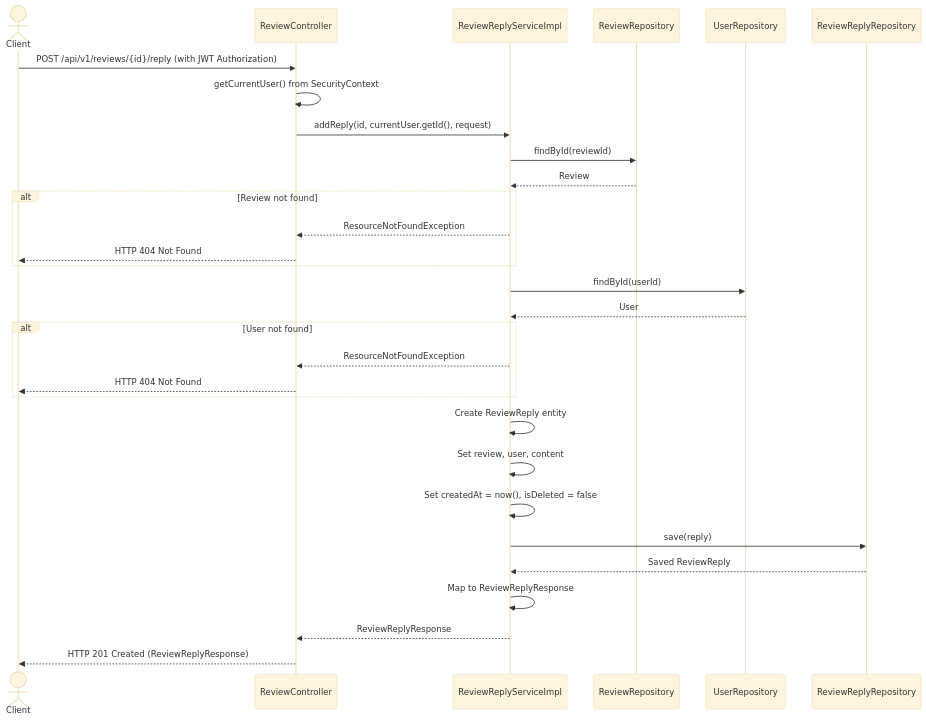
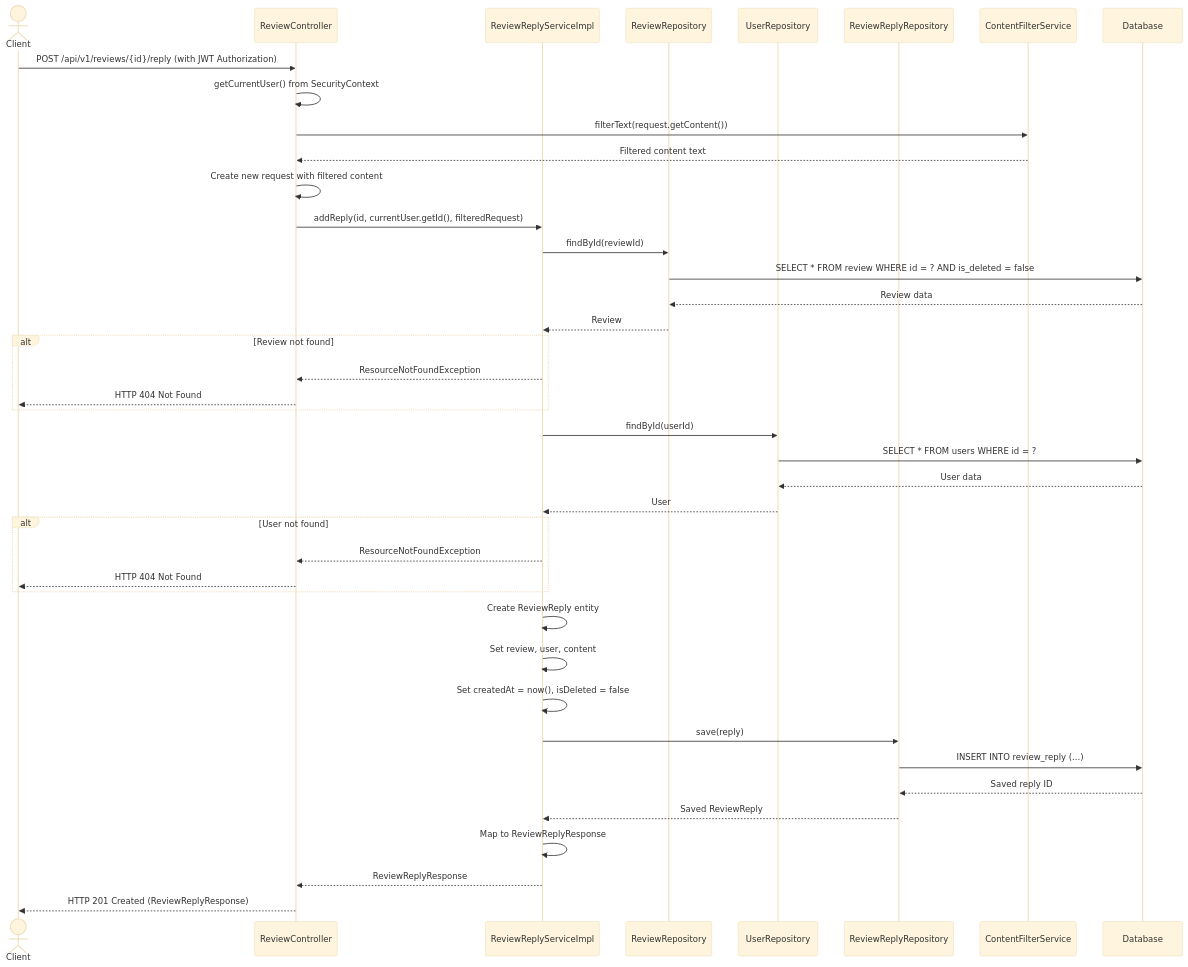
One commit to phongkhongxai/vietchef changed the ninth of 11 diagrams in docs/Review System Diagrams.md. Above: the diagram before and after it, drawn with Mermaid (base theme). The commit also changed other lines of this file and 15 other files, not shown here.

````diff
--- a/docs/Review System Diagrams.md
+++ b/docs/Review System Diagrams.md
@@ -479,37 +544,51 @@
 ```mermaid
 sequenceDiagram
     actor Client
     participant Controller as ReviewController
     participant ReplyService as ReviewReplyServiceImpl
     participant ReviewRepo as ReviewRepository
     participant UserRepo as UserRepository
     participant ReplyRepo as ReviewReplyRepository
+    participant ContentFilter as ContentFilterService
+    participant DB as Database
     
     Client->>Controller: POST /api/v1/reviews/{id}/reply (with JWT Authorization)
     Controller->>Controller: getCurrentUser() from SecurityContext
-    Controller->>ReplyService: addReply(id, currentUser.getId(), request)
+    
+    Controller->>ContentFilter: filterText(request.getContent())
+    ContentFilter-->>Controller: Filtered content text
+    
+    Controller->>Controller: Create new request with filtered content
+    
+    Controller->>ReplyService: addReply(id, currentUser.getId(), filteredRequest)
     ReplyService->>ReviewRepo: findById(reviewId)
+    ReviewRepo->>DB: SELECT * FROM review WHERE id = ? AND is_deleted = false
+    DB-->>ReviewRepo: Review data
     ReviewRepo-->>ReplyService: Review
     
     alt Review not found
         ReplyService-->>Controller: ResourceNotFoundException
         Controller-->>Client: HTTP 404 Not Found
     end
     
     ReplyService->>UserRepo: findById(userId)
+    UserRepo->>DB: SELECT * FROM users WHERE id = ?
+    DB-->>UserRepo: User data
     UserRepo-->>ReplyService: User
     
     alt User not found
         ReplyService-->>Controller: ResourceNotFoundException
         Controller-->>Client: HTTP 404 Not Found
     end
     
     ReplyService->>ReplyService: Create ReviewReply entity
     ReplyService->>ReplyService: Set review, user, content
     ReplyService->>ReplyService: Set createdAt = now(), isDeleted = false
     ReplyService->>ReplyRepo: save(reply)
+    ReplyRepo->>DB: INSERT INTO review_reply (...)
+    DB-->>ReplyRepo: Saved reply ID
     ReplyRepo-->>ReplyService: Saved ReviewReply
     ReplyService->>ReplyService: Map to ReviewReplyResponse
     ReplyService-->>Controller: ReviewReplyResponse
     Controller-->>Client: HTTP 201 Created (ReviewReplyResponse)
 ```
````
